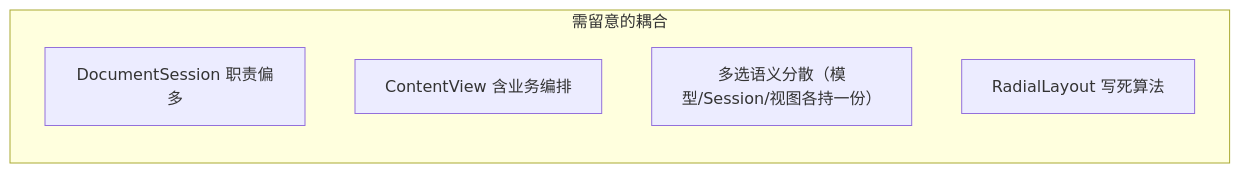
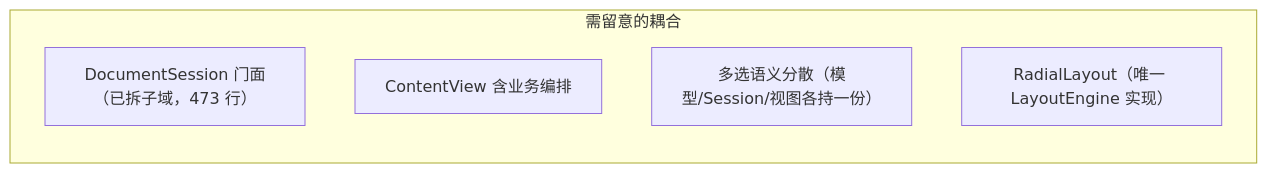
The fifth of 6 diagrams in docs/架构现状.md (LieonShelly/Linva), drawn with Mermaid before and after one commit. The commit also changed other lines of this file, not shown here.

Commit message:
docs: 架构现状落档——Session 拆分产物与 LayoutEngine/PersistenceBackend 协议

````diff
--- a/docs/架构现状.md
+++ b/docs/架构现状.md
@@ -393,9 +393,9 @@
 ```mermaid
 flowchart LR
   subgraph Risk["需留意的耦合"]
-    DS2["DocumentSession 职责偏多"]
+    DS2["DocumentSession 门面（已拆子域，473 行）"]
     CV2["ContentView 含业务编排"]
     Sel["多选语义分散（模型/Session/视图各持一份）"]
-    Lay2["RadialLayout 写死算法"]
+    Lay2["RadialLayout（唯一 LayoutEngine 实现）"]
   end
 ```
````
